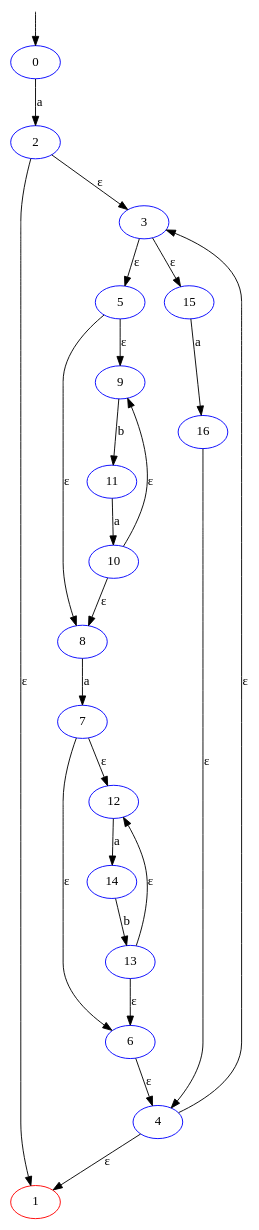
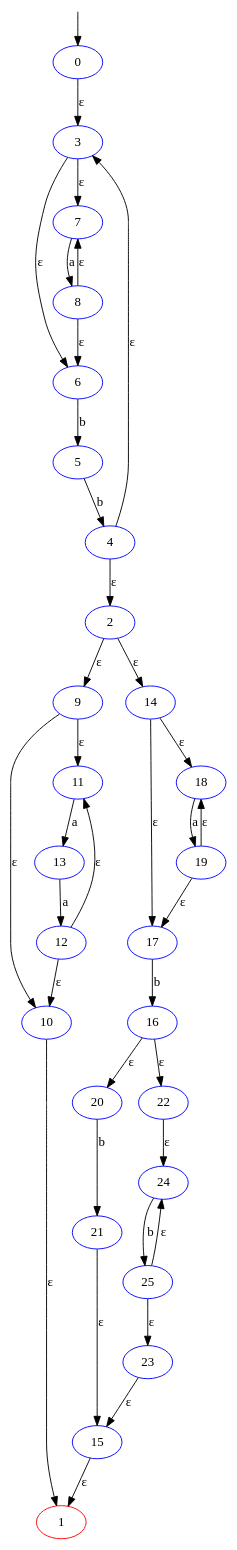
The diagram in img/nfa.dot (XDLoLiK/autore), drawn with Graphviz before and after one commit. The commit also changed 21 other files, not shown here.

```diff
--- a/img/nfa.dot
+++ b/img/nfa.dot
@@ -1,1 +1,1 @@
-digraph G{node [color=blue;];0;node [color=red;];1;node [color=blue;];2;node [color=blue;];3;node [color=blue;];4;node [color=blue;];5;node [color=blue;];6;node [color=blue;];7;node [color=blue;];8;node [color=blue;];9;node [color=blue;];10;node [color=blue;];11;node [color=blue;];12;node [color=blue;];13;node [color=blue;];14;node [color=blue;];15;node [color=blue;];16;node [shape=none;label="";height=0;width=0;];-1;-1->0;0->2[label="a";];2->1[label="ε";];2->3[label="ε";];3->5[label="ε";];3->15[label="ε";];4->1[label="ε";];4->3[label="ε";];5->8[label="ε";];5->9[label="ε";];6->4[label="ε";];7->6[label="ε";];7->12[label="ε";];8->7[label="a";];9->11[label="b";];10->8[label="ε";];10->9[label="ε";];11->10[label="a";];12->14[label="a";];13->6[label="ε";];13->12[label="ε";];14->13[label="b";];15->16[label="a";];16->4[label="ε";];}
+digraph G{node [color=blue;];0;node [color=red;];1;node [color=blue;];2;node [color=blue;];3;node [color=blue;];4;node [color=blue;];5;node [color=blue;];6;node [color=blue;];7;node [color=blue;];8;node [color=blue;];9;node [color=blue;];10;node [color=blue;];11;node [color=blue;];12;node [color=blue;];13;node [color=blue;];14;node [color=blue;];15;node [color=blue;];16;node [color=blue;];17;node [color=blue;];18;node [color=blue;];19;node [color=blue;];20;node [color=blue;];21;node [color=blue;];22;node [color=blue;];23;node [color=blue;];24;node [color=blue;];25;node [shape=none;label="";height=0;width=0;];-1;-1->0;0->3[label="ε";];2->9[label="ε";];2->14[label="ε";];3->6[label="ε";];3->7[label="ε";];4->2[label="ε";];4->3[label="ε";];5->4[label="b";];6->5[label="b";];7->8[label="a";];8->6[label="ε";];8->7[label="ε";];9->10[label="ε";];9->11[label="ε";];10->1[label="ε";];11->13[label="a";];12->10[label="ε";];12->11[label="ε";];13->12[label="a";];14->17[label="ε";];14->18[label="ε";];15->1[label="ε";];16->20[label="ε";];16->22[label="ε";];17->16[label="b";];18->19[label="a";];19->17[label="ε";];19->18[label="ε";];20->21[label="b";];21->15[label="ε";];22->24[label="ε";];23->15[label="ε";];24->25[label="b";];25->23[label="ε";];25->24[label="ε";];}
```
